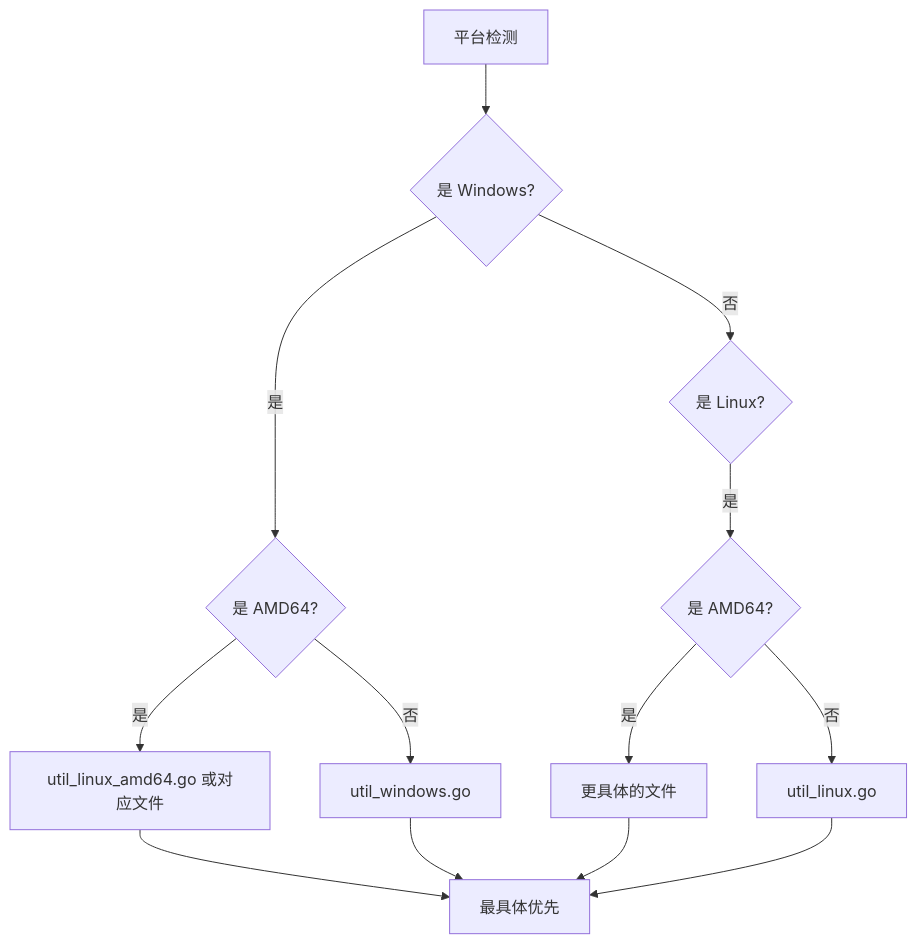
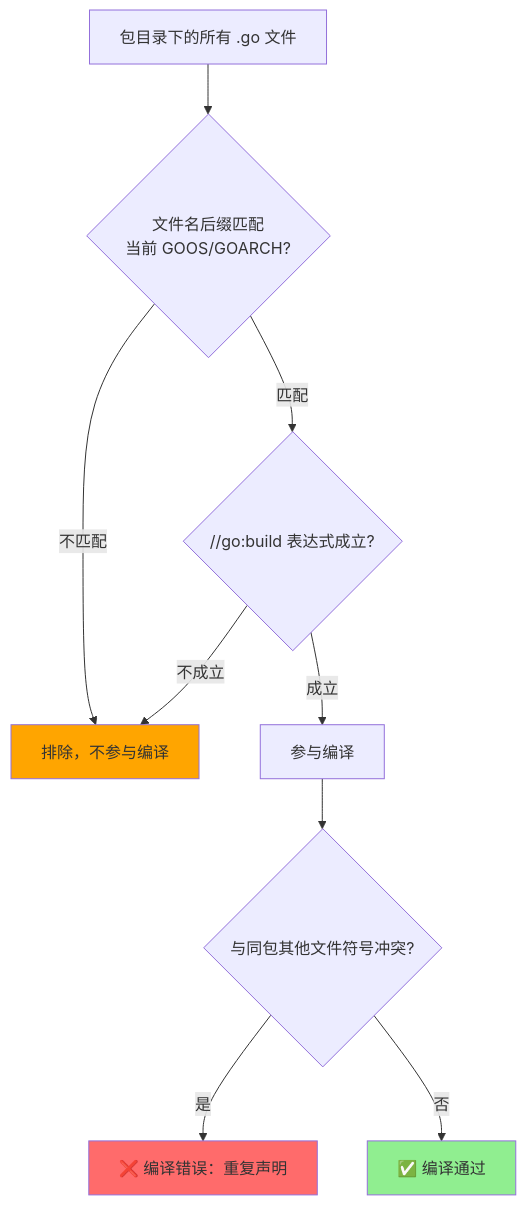
Before and after one commit to before80/prgms: the first of 3 diagrams in content/go/basic/Chapter-02-Special-Directives-and-Build-Constraints.md, drawn with Mermaid. The commit also changed other lines of this file and 1645 other files, not shown here.

````diff
--- a/content/go/basic/Chapter-02-Special-Directives-and-Build-Constraints.md
+++ b/content/go/basic/Chapter-02-Special-Directives-and-Build-Constraints.md
@@ -173,18 +166,15 @@
 ```mermaid
 flowchart TB
-    A[平台检测] --> B{是 Windows?}
-    B -->|是| C{是 AMD64?}
-    B -->|否| D{是 Linux?}
-    
-    C -->|是| E[util_linux_amd64.go 或对应文件]
-    C -->|否| F[util_windows.go]
-    D -->|是| G{是 AMD64?}
-    
-    G -->|是| H[更具体的文件]
-    G -->|否| I[util_linux.go]
-    
-    E --> J[最具体优先]
-    F --> J
-    H --> J
-    I --> J
+    A[包目录下的所有 .go 文件] --> B{文件名后缀匹配<br/>当前 GOOS/GOARCH?}
+    B -->|不匹配| X[排除，不参与编译]
+    B -->|匹配| C{//go:build 表达式成立?}
+    C -->|不成立| X
+    C -->|成立| D[参与编译]
+    D --> E{与同包其他文件符号冲突?}
+    E -->|是| F[❌ 编译错误：重复声明]
+    E -->|否| G[✅ 编译通过]
+
+    style X fill:#FFA500
+    style F fill:#FF6B6B
+    style G fill:#90EE90
 ```
````
